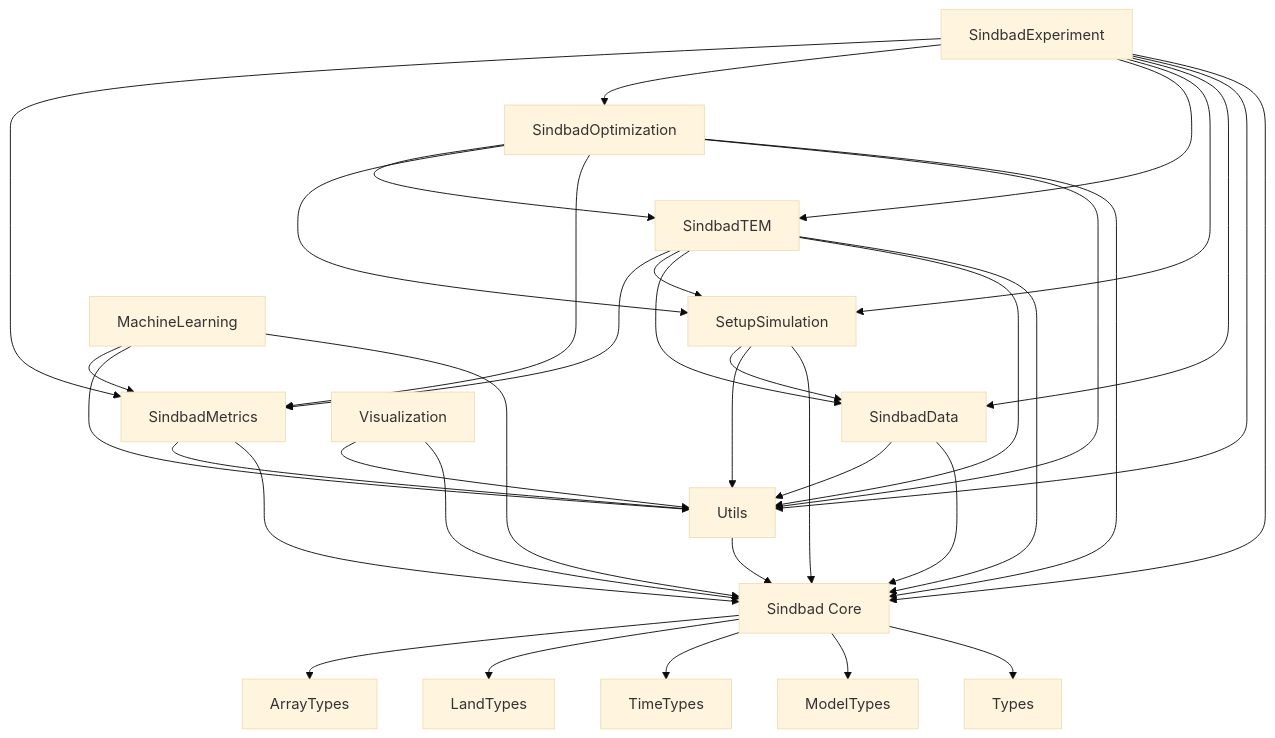
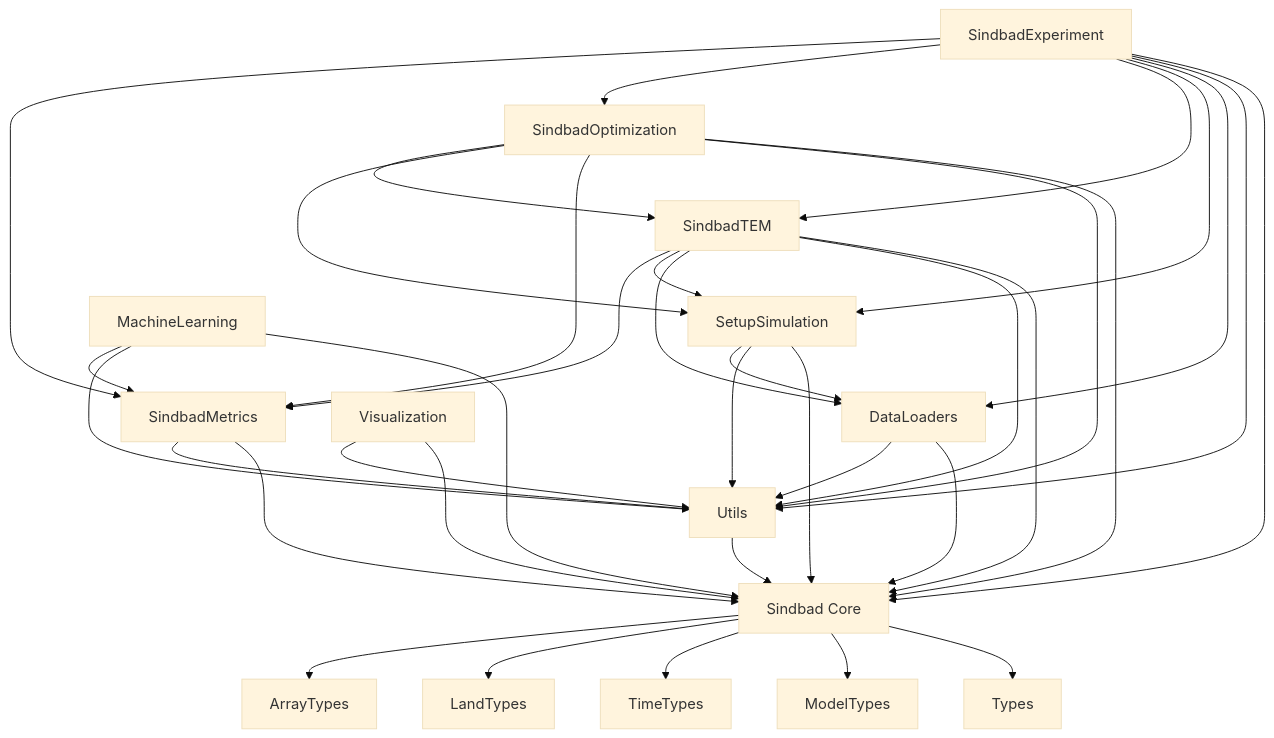
Before and after one commit to EarthyScience/SINDBAD: the diagram in docs/src/pages/code/overview.md, drawn with Mermaid (base theme). The commit also changed 36 other files, not shown here.

````diff
--- a/docs/src/pages/code/overview.md
+++ b/docs/src/pages/code/overview.md
@@ -71,50 +71,50 @@
 ```mermaid
 graph TD
     %% Main Sindbad package
     Sindbad[Sindbad Core] --> Types[Types]
     
     %% Core dependencies
     Sindbad --> ModelTypes[ModelTypes]
     Sindbad --> TimeTypes[TimeTypes]
     Sindbad --> LandTypes[LandTypes]
     Sindbad --> ArrayTypes[ArrayTypes]
     
     %% Lib packages
     Utils[Utils] --> Sindbad
-    SindbadData[SindbadData] --> Sindbad
-    SindbadData --> Utils
+    DataLoaders[DataLoaders] --> Sindbad
+    DataLoaders --> Utils
     
     SetupSimulation[SetupSimulation] --> Sindbad
     SetupSimulation --> Utils
-    SetupSimulation --> SindbadData
+    SetupSimulation --> DataLoaders
     
     SindbadMetrics[SindbadMetrics] --> Sindbad
     SindbadMetrics --> Utils
     
     SindbadTEM[SindbadTEM] --> Sindbad
     SindbadTEM --> Utils
-    SindbadTEM --> SindbadData
+    SindbadTEM --> DataLoaders
     SindbadTEM --> SetupSimulation
     SindbadTEM --> SindbadMetrics
     
     SindbadOptimization[SindbadOptimization] --> Sindbad
     SindbadOptimization --> Utils
     SindbadOptimization --> SindbadMetrics
     SindbadOptimization --> SetupSimulation
     SindbadOptimization --> SindbadTEM
     
     MachineLearning[MachineLearning] --> Sindbad
     MachineLearning --> Utils
     MachineLearning --> SindbadMetrics
     
     Visualization[Visualization] --> Sindbad
     Visualization --> Utils
     
     SindbadExperiment[SindbadExperiment] --> Sindbad
     SindbadExperiment --> Utils
-    SindbadExperiment --> SindbadData
+    SindbadExperiment --> DataLoaders
     SindbadExperiment --> SetupSimulation
     SindbadExperiment --> SindbadTEM
     SindbadExperiment --> SindbadOptimization
     SindbadExperiment --> SindbadMetrics    
 ```
````
